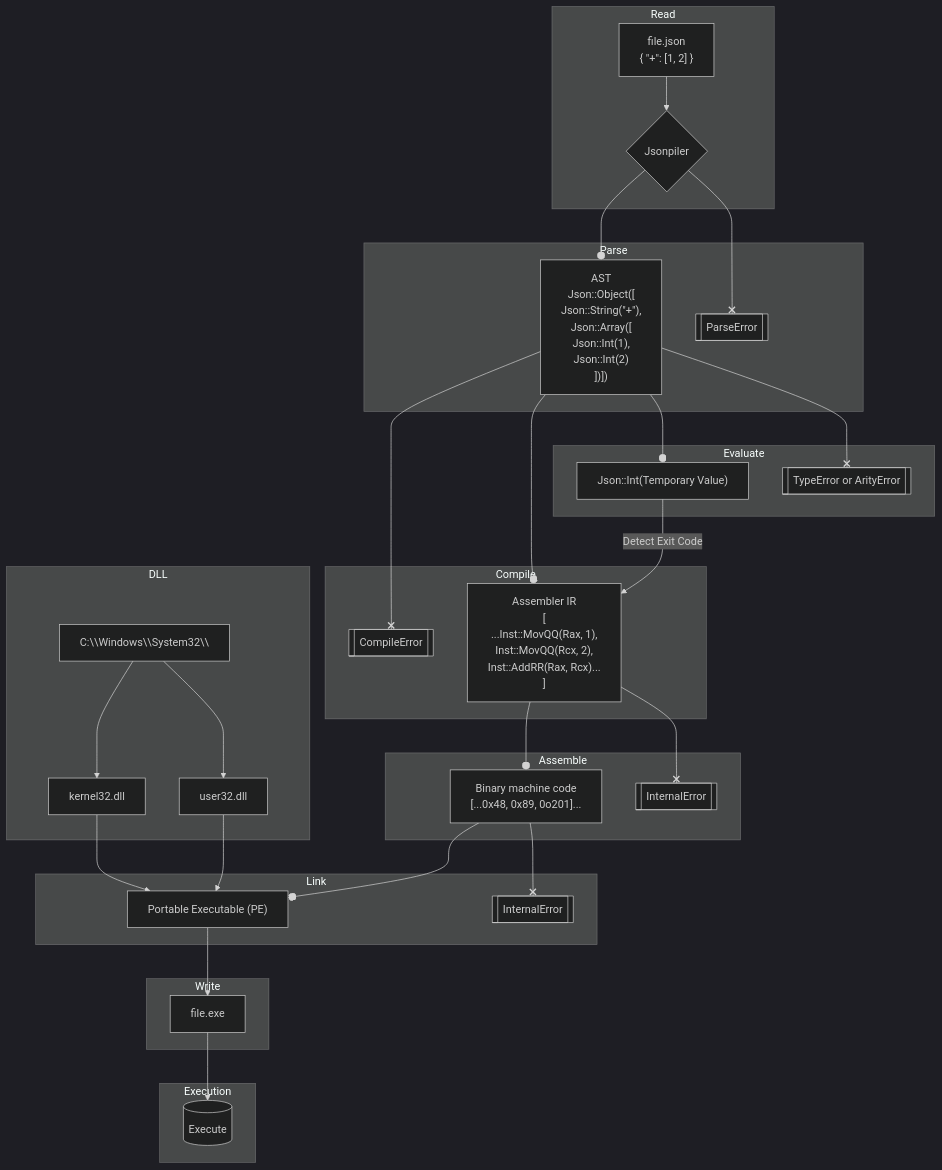
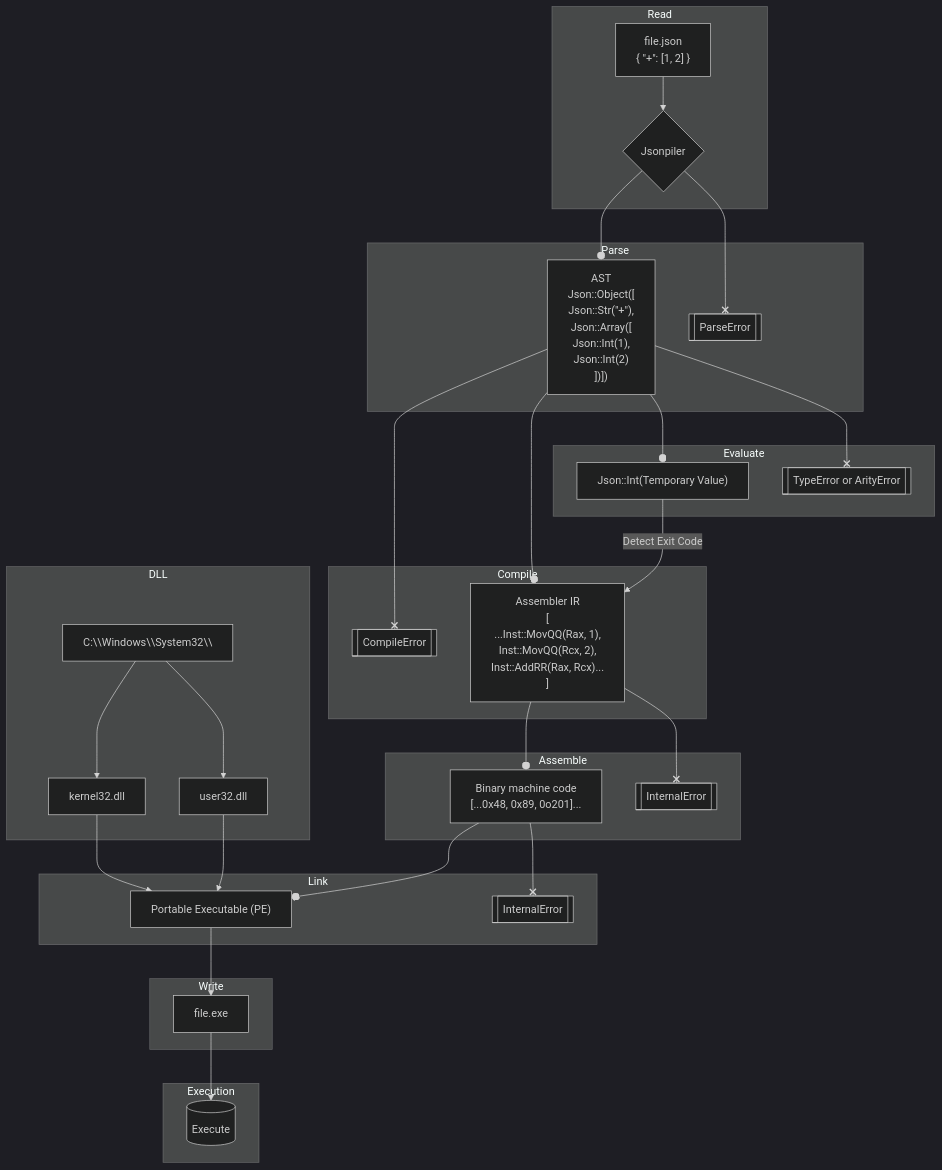
Before and after one commit to HAL-G1THuB/jsonpiler: the diagram in README.md, drawn with Mermaid (dark theme). The commit also changed other lines of this file and 103 other files, not shown here.

````diff
--- a/README.md
+++ b/README.md
@@ -153,53 +175,53 @@
 ```mermaid
 graph TD
   subgraph Read
     A["file.json
 { &quot;+&quot;: [1, 2] }"] --> B{Jsonpiler}
   end
   subgraph Parse
     B --o C["AST
 Json::Object([
-  Json::String(&quot;+&quot;),
+  Json::Str(&quot;+&quot;),
   Json::Array([
     Json::Int(1),
     Json::Int(2)
 ])])"]
     B --x PError[[ParseError]]
   end
   subgraph Compile
     C --x CError[[CompileError]]
     C --o E["Assembler IR
 [
   ...Inst::MovQQ(Rax, 1),
   Inst::MovQQ(Rcx, 2),
   Inst::AddRR(Rax, Rcx)...
 ]"]
   end
   subgraph Evaluate
     C --o D["Json::Int(Temporary Value)"]
     C --x EError[[TypeError or ArityError]]
     D -->|Detect Exit Code| E
   end
   subgraph Assemble
     E --o G["Binary machine code
   [...0x48, 0x89, 0o201]..."]
     E --x AError[[InternalError]]
   end
   subgraph Link
     G --o F["Portable Executable (PE)"]
     G --x LError[[InternalError]]
   end
   subgraph Write
     F --> H[file.exe]
   end
   subgraph Execution
     H --> Exec[(Execute)]
   end
   subgraph DLL
     S[C:\\Windows\\System32\\]
     KERNEL32[kernel32.dll]
     USER32[user32.dll]
     S --> KERNEL32 --> F
     S --> USER32 --> F
   end
 ```
````
